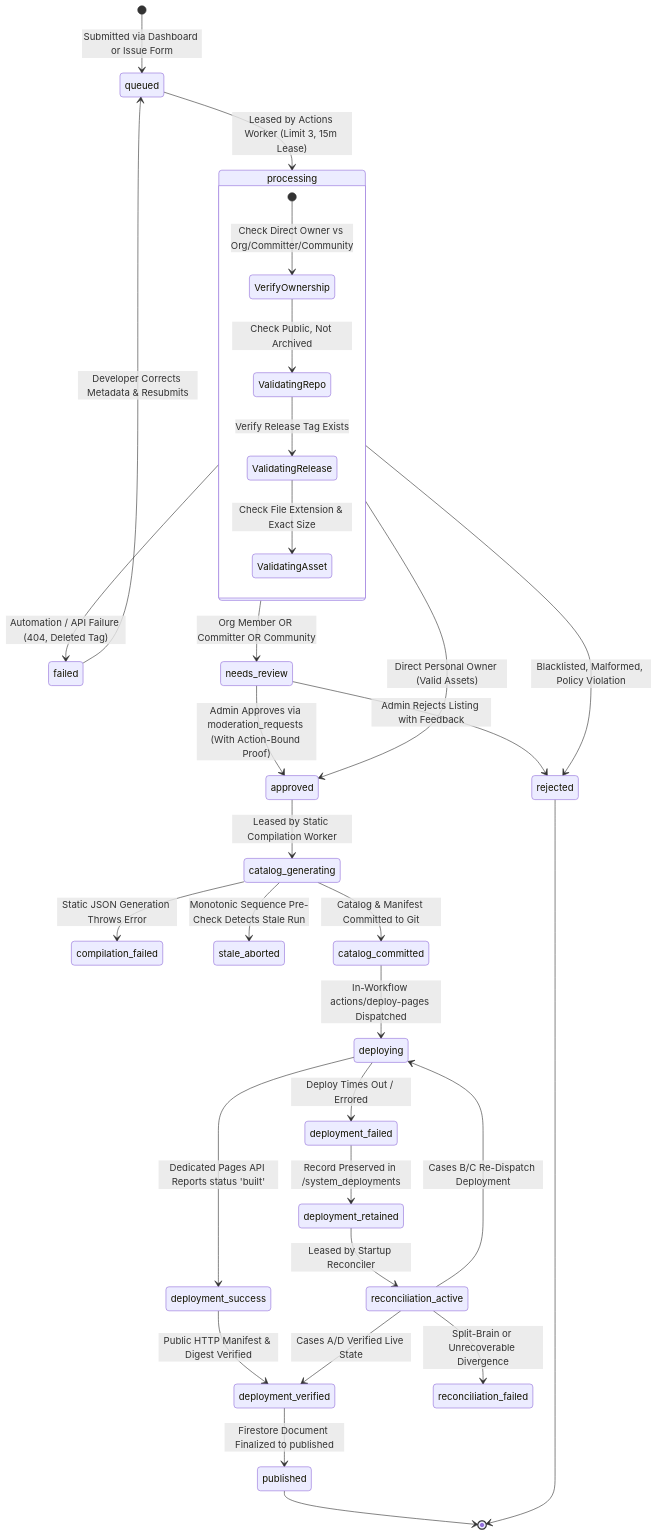
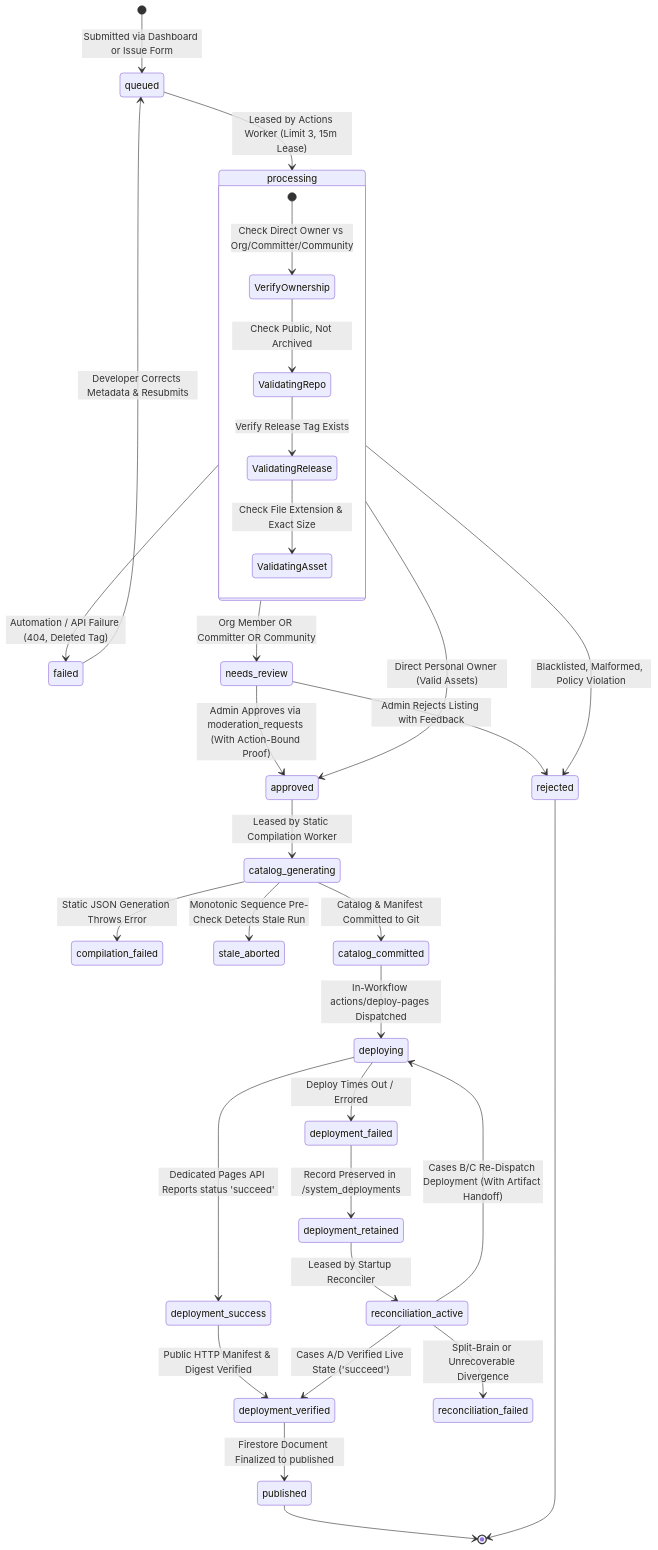
One commit to Rohitpvt/GitStore changed the first of 2 diagrams in docs/SUBMISSION_PIPELINE.md. Above: the diagram before and after it, drawn with Mermaid. The commit also changed other lines of this file and 13 other files, not shown here.

````diff
--- a/docs/SUBMISSION_PIPELINE.md
+++ b/docs/SUBMISSION_PIPELINE.md
@@ -28,39 +28,39 @@
 ```mermaid
 stateDiagram-v2
     [*] --> queued: Submitted via Dashboard or Issue Form
     queued --> processing: Leased by Actions Worker (Limit 3, 15m Lease)
     
     state processing {
         [*] --> VerifyOwnership: Check Direct Owner vs Org/Committer/Community
         VerifyOwnership --> ValidatingRepo: Check Public, Not Archived
         ValidatingRepo --> ValidatingRelease: Verify Release Tag Exists
         ValidatingRelease --> ValidatingAsset: Check File Extension & Exact Size
     }
 
     processing --> failed: Automation / API Failure (404, Deleted Tag)
     processing --> rejected: Blacklisted, Malformed, Policy Violation
     
     processing --> needs_review: Org Member OR Committer OR Community
     processing --> approved: Direct Personal Owner (Valid Assets)
     
     needs_review --> approved: Admin Approves via moderation_requests (With Action-Bound Proof)
     needs_review --> rejected: Admin Rejects Listing with Feedback
     
     approved --> catalog_generating: Leased by Static Compilation Worker
     catalog_generating --> compilation_failed: Static JSON Generation Throws Error
     catalog_generating --> stale_aborted: Monotonic Sequence Pre-Check Detects Stale Run
     catalog_generating --> catalog_committed: Catalog & Manifest Committed to Git
     catalog_committed --> deploying: In-Workflow actions/deploy-pages Dispatched
-    deploying --> deployment_success: Dedicated Pages API Reports status 'built'
+    deploying --> deployment_success: Dedicated Pages API Reports status 'succeed'
     deployment_success --> deployment_verified: Public HTTP Manifest & Digest Verified
     deployment_verified --> published: Firestore Document Finalized to published
     deploying --> deployment_failed: Deploy Times Out / Errored
     deployment_failed --> deployment_retained: Record Preserved in /system_deployments
     deployment_retained --> reconciliation_active: Leased by Startup Reconciler
-    reconciliation_active --> deploying: Cases B/C Re-Dispatch Deployment
-    reconciliation_active --> deployment_verified: Cases A/D Verified Live State
+    reconciliation_active --> deploying: Cases B/C Re-Dispatch Deployment (With Artifact Handoff)
+    reconciliation_active --> deployment_verified: Cases A/D Verified Live State ('succeed')
     reconciliation_active --> reconciliation_failed: Split-Brain or Unrecoverable Divergence
     published --> [*]
     failed --> queued: Developer Corrects Metadata & Resubmits
     rejected --> [*]
 ```
````
